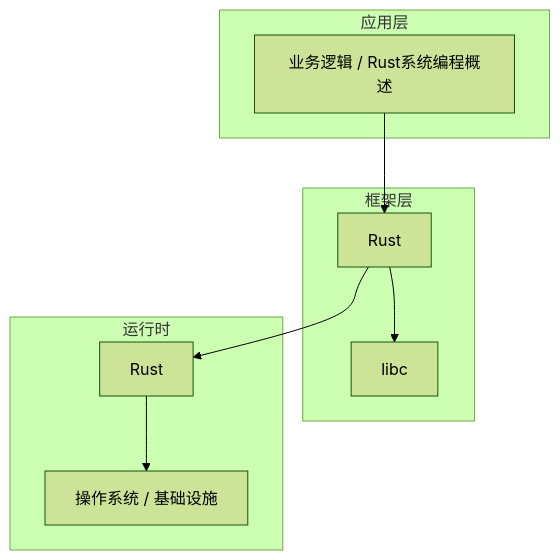
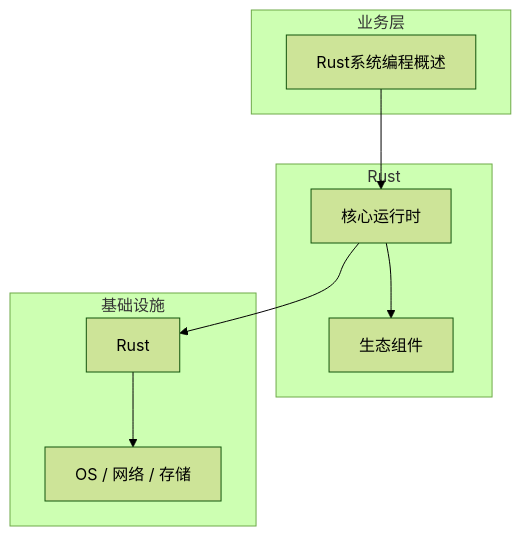
The diagram in articles/Rust系统编程/chapters/001-Rust系统编程概述核心概念与原理.md (yanggan2015/knowledge-json-v2), drawn with Mermaid (forest theme) before and after one commit. The commit also changed other lines of this file and 10127 other files, not shown here.

````diff
--- a/articles/Rust系统编程/chapters/001-Rust系统编程概述核心概念与原理.md
+++ b/articles/Rust系统编程/chapters/001-Rust系统编程概述核心概念与原理.md
@@ -45,18 +30,18 @@
 ```mermaid
 graph TB
-    subgraph 应用层
-        A[业务逻辑 / Rust系统编程概述]
+    subgraph 业务层
+        A[Rust系统编程概述]
     end
-    subgraph 框架层
-        B[Rust]
-        C[libc]
+    subgraph Rust
+        B[核心运行时]
+        C[生态组件]
     end
-    subgraph 运行时
+    subgraph 基础设施
         D[Rust]
-        E[操作系统 / 基础设施]
+        E[OS / 网络 / 存储]
     end
     A --> B
     B --> C
     B --> D
     D --> E
 ```
````
